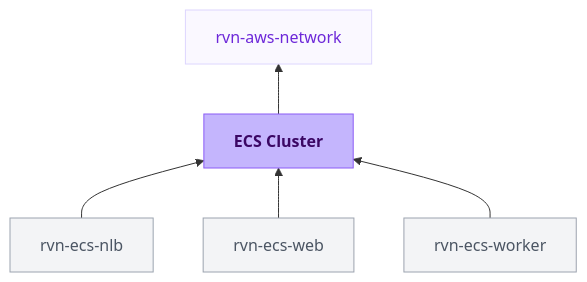
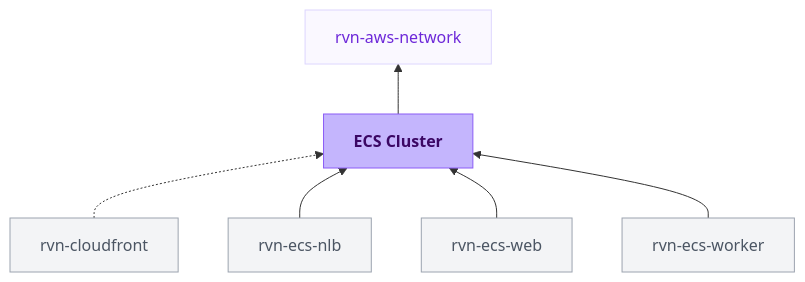
Before and after one commit to flightcontrolhq/docs: the diagram in module-definitions/catalog/rvn-ecs-cluster.mdx, drawn with Mermaid. The commit also changed 5 other files, not shown here.

Commit message:
chore: sync module catalog docs

````diff
--- a/module-definitions/catalog/rvn-ecs-cluster.mdx
+++ b/module-definitions/catalog/rvn-ecs-cluster.mdx
@@ -13,21 +13,23 @@
 ```mermaid
 flowchart BT
-  rvn_ecs_nlb["rvn-ecs-nlb"] --> rvn_ecs_cluster["<strong>ECS Cluster</strong>"]
+  rvn_cloudfront["rvn-cloudfront"] -.-> rvn_ecs_cluster["<strong>ECS Cluster</strong>"]
+  rvn_ecs_nlb["rvn-ecs-nlb"] --> rvn_ecs_cluster
   rvn_ecs_web["rvn-ecs-web"] --> rvn_ecs_cluster
   rvn_ecs_worker["rvn-ecs-worker"] --> rvn_ecs_cluster
   rvn_ecs_cluster --> rvn_aws_network["rvn-aws-network"]
 
   class rvn_ecs_cluster current
   class rvn_aws_network dependency
-  class rvn_ecs_nlb,rvn_ecs_web,rvn_ecs_worker consumer
+  class rvn_cloudfront,rvn_ecs_nlb,rvn_ecs_web,rvn_ecs_worker consumer
 
   classDef current fill:#C4B5FD,stroke:#8B5CF6,color:#3B0764
   classDef dependency fill:#FAF8FF,stroke:#DDD6FE,color:#6D28D9
   classDef consumer fill:#F3F4F6,stroke:#9CA3AF,color:#4B5563
   classDef upstream fill:#F8FAFC,stroke:#CBD5E1,color:#94A3B8
 
+  click rvn_cloudfront "/module-definitions/catalog/rvn-cloudfront" "Open rvn-cloudfront docs"
   click rvn_ecs_nlb "/module-definitions/catalog/rvn-ecs-nlb" "Open rvn-ecs-nlb docs"
   click rvn_ecs_web "/module-definitions/catalog/rvn-ecs-web" "Open rvn-ecs-web docs"
   click rvn_ecs_worker "/module-definitions/catalog/rvn-ecs-worker" "Open rvn-ecs-worker docs"
   click rvn_aws_network "/module-definitions/catalog/rvn-aws-network" "Open rvn-aws-network docs"
 ```
````
